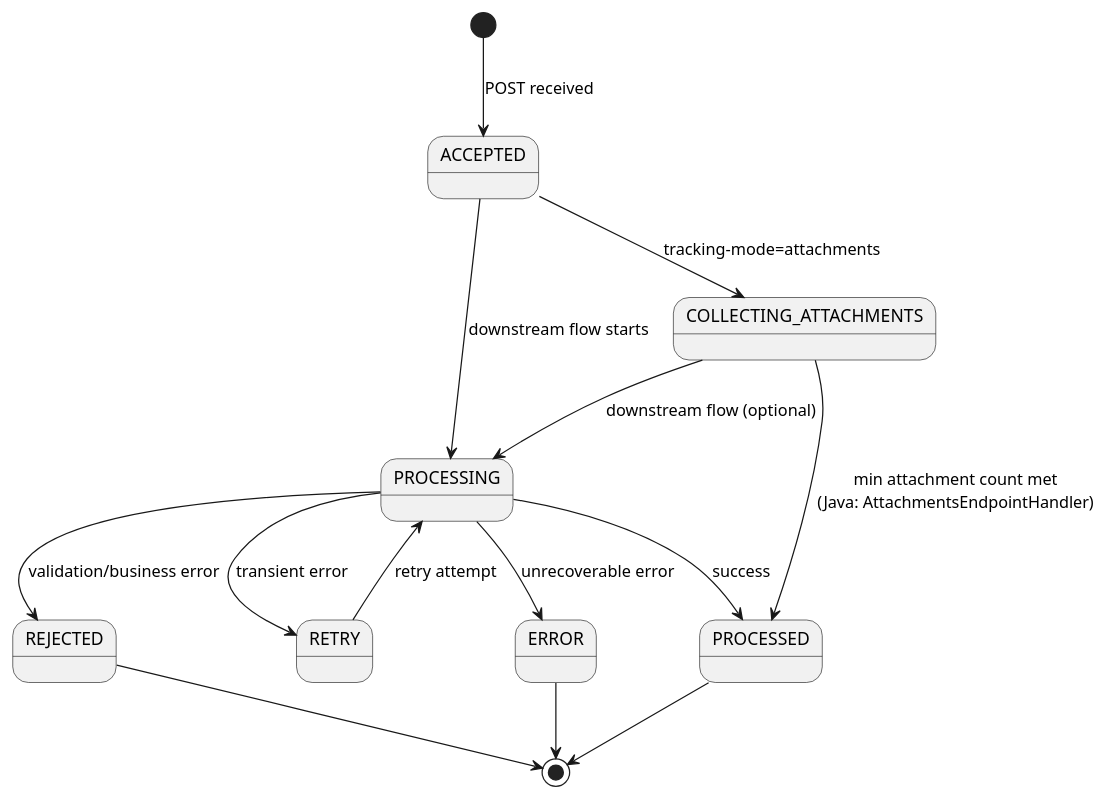
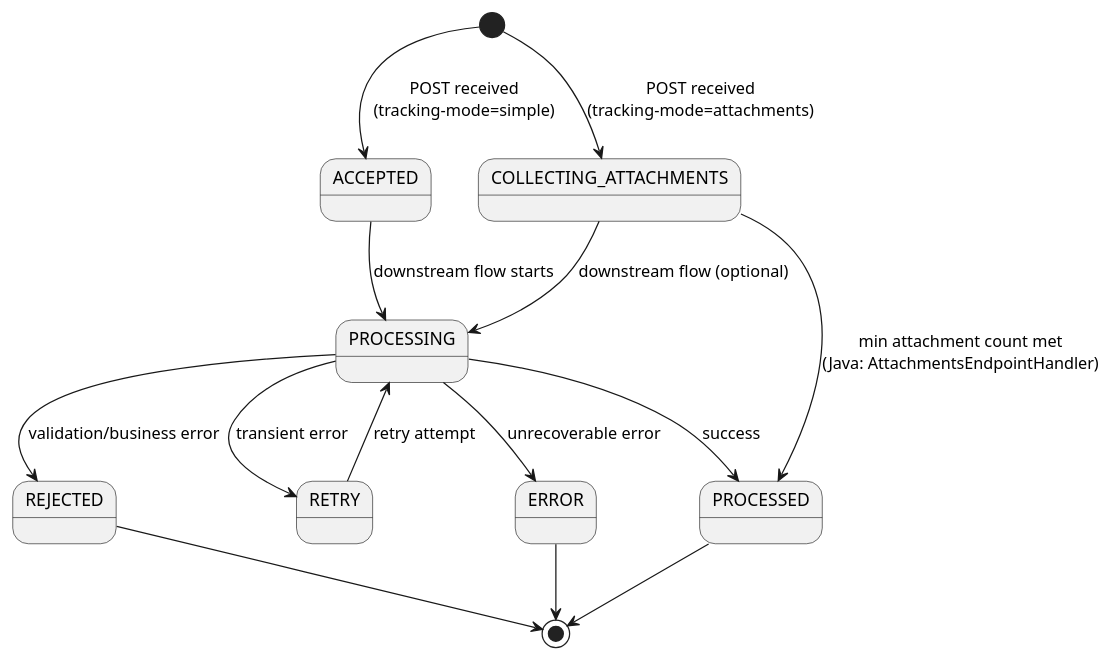
One commit to cuioss/nifi-extensions changed the first of 4 diagrams in doc/reference/request-tracking-architecture.adoc. Above: the diagram before and after it, drawn with PlantUML. The commit also changed other lines of this file and 141 other files, not shown here.

```diff
--- a/doc/reference/request-tracking-architecture.adoc
+++ b/doc/reference/request-tracking-architecture.adoc
@@ -18,18 +18,18 @@
 [plantuml]
 ----
 @startuml
-[*] --> ACCEPTED : POST received
+[*] --> ACCEPTED : POST received\n(tracking-mode=simple)
+[*] --> COLLECTING_ATTACHMENTS : POST received\n(tracking-mode=attachments)
 ACCEPTED --> PROCESSING : downstream flow starts
-ACCEPTED --> COLLECTING_ATTACHMENTS : tracking-mode=attachments
 COLLECTING_ATTACHMENTS --> PROCESSED : min attachment count met\n(Java: AttachmentsEndpointHandler)
 COLLECTING_ATTACHMENTS --> PROCESSING : downstream flow (optional)
 PROCESSING --> PROCESSED : success
 PROCESSING --> REJECTED : validation/business error
 PROCESSING --> RETRY : transient error
 PROCESSING --> ERROR : unrecoverable error
 RETRY --> PROCESSING : retry attempt
 PROCESSED --> [*]
 REJECTED --> [*]
 ERROR --> [*]
 @enduml
 ----
```
